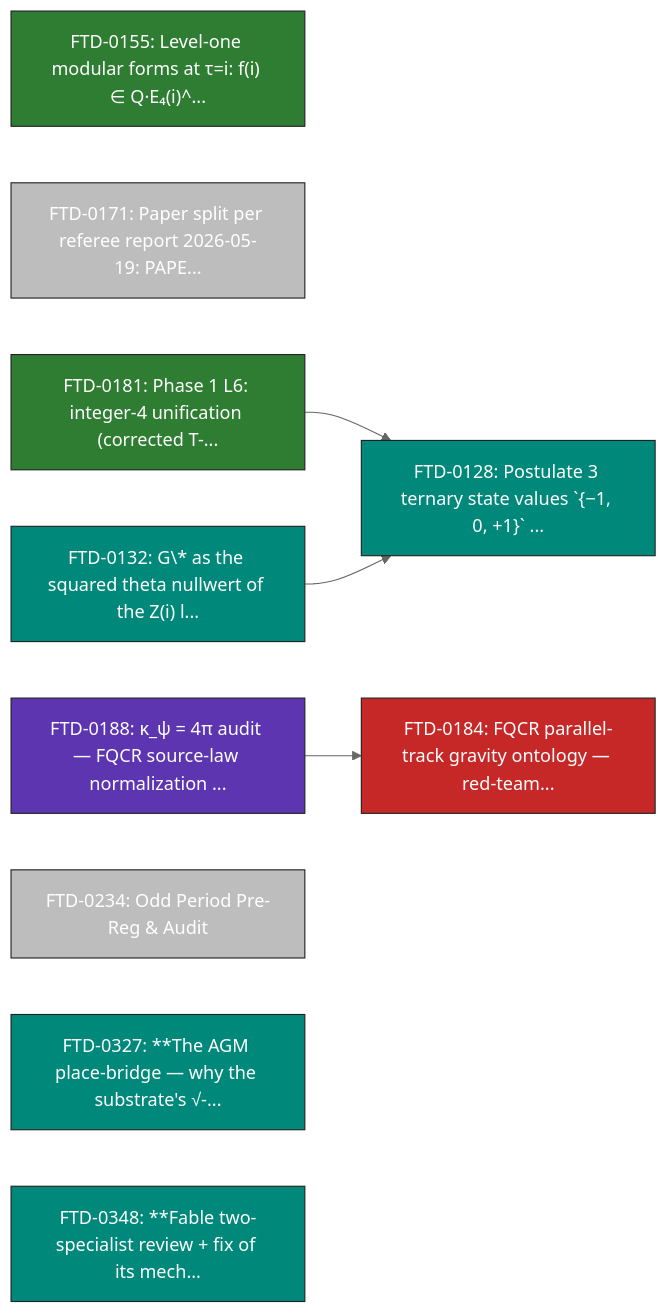
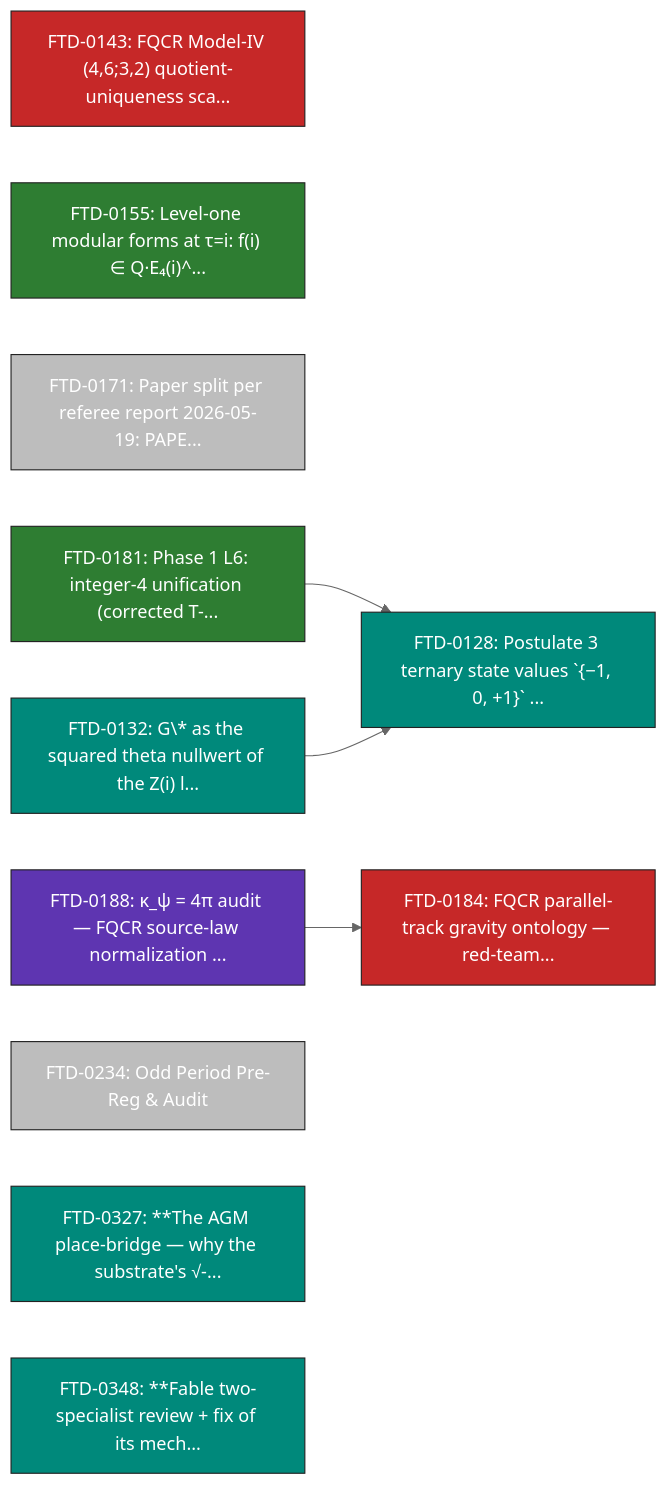
Before and after one commit to cpaci-tani/Foundational-Ternary-Dynamics: diagram 13 of 16 in docs/theory/09_mathematical/NODE_MAP_FTD_MATH.md, drawn with Mermaid (neutral theme). The commit also changed other lines of this file and 2 other files, not shown here.

Commit message:
docs(tracker): dissemination-layer + x-/N_c residual sweeps logged as queued arcs (section 10); math node map regenerated from post-arc LEDGER (json + mermaid md)

````diff
--- a/docs/theory/09_mathematical/NODE_MAP_FTD_MATH.md
+++ b/docs/theory/09_mathematical/NODE_MAP_FTD_MATH.md
@@ -640,26 +668,28 @@
 ```mermaid
 graph LR
+    FTD_0143["FTD-0143: FQCR Model-IV (4,6;3,2) quotient-uniqueness sca..."]
+    style FTD_0143 fill:#c62828,color:white,stroke:#222,stroke-width:1px
     FTD_0155["FTD-0155: Level-one modular forms at τ=i: f(i) ∈ Q·E₄(i)^..."]
     style FTD_0155 fill:#2e7d32,color:white,stroke:#222,stroke-width:1px
     FTD_0171["FTD-0171: Paper split per referee report 2026-05-19: PAPE..."]
     style FTD_0171 fill:#bdbdbd,color:white,stroke:#222,stroke-width:1px
     FTD_0181["FTD-0181: Phase 1 L6: integer-4 unification (corrected T-..."]
     style FTD_0181 fill:#2e7d32,color:white,stroke:#222,stroke-width:1px
     FTD_0184["FTD-0184: FQCR parallel-track gravity ontology — red-team..."]
     style FTD_0184 fill:#c62828,color:white,stroke:#222,stroke-width:1px
     FTD_0128["FTD-0128: Postulate 3 ternary state values `{−1, 0, +1}` ..."]
     style FTD_0128 fill:#00897b,color:white,stroke:#222,stroke-width:1px
     FTD_0132["FTD-0132: G\* as the squared theta nullwert of the Z(i) l..."]
     style FTD_0132 fill:#00897b,color:white,stroke:#222,stroke-width:1px
     FTD_0188["FTD-0188: κ_ψ = 4π audit — FQCR source-law normalization ..."]
     style FTD_0188 fill:#5e35b1,color:white,stroke:#222,stroke-width:1px
     FTD_0234["FTD-0234: Odd Period Pre-Reg & Audit"]
     style FTD_0234 fill:#bdbdbd,color:white,stroke:#222,stroke-width:1px
     FTD_0327["FTD-0327: **The AGM place-bridge — why the substrate's √-..."]
     style FTD_0327 fill:#00897b,color:white,stroke:#222,stroke-width:1px
     FTD_0348["FTD-0348: **Fable two-specialist review + fix of its mech..."]
     style FTD_0348 fill:#00897b,color:white,stroke:#222,stroke-width:1px
     FTD_0181 --> FTD_0128
     FTD_0132 --> FTD_0128
     FTD_0188 --> FTD_0184
 ```
````
